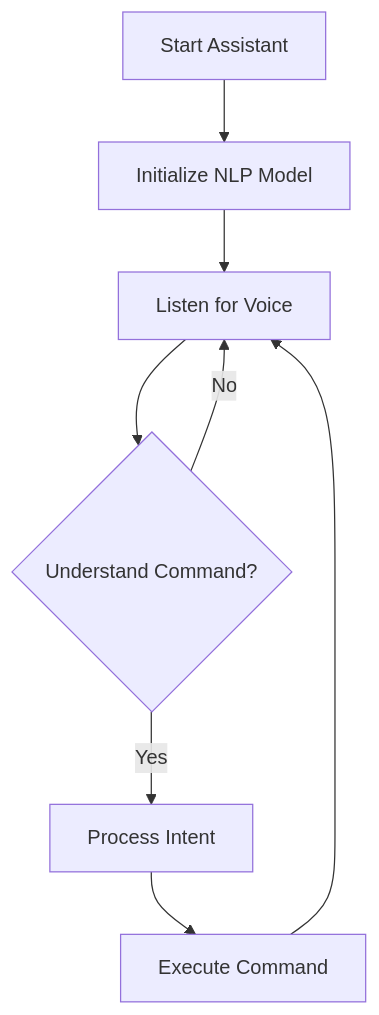
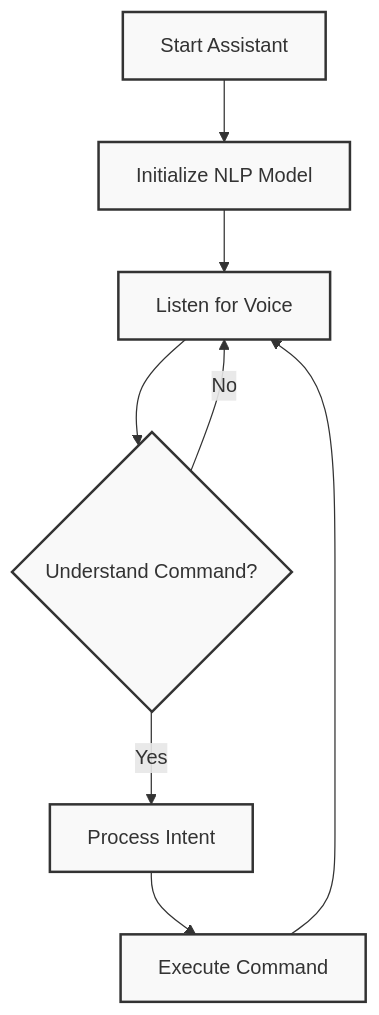
One commit to AshGod16/voice-assistant changed the diagram in README.md. Above: the diagram before and after it, drawn with Mermaid.

Commit message:
Readme update

````diff
--- a/README.md
+++ b/README.md
@@ -44,10 +44,15 @@
 ```mermaid
 graph TD
     A[Start Assistant] --> B[Initialize NLP Model]
     B --> C[Listen for Voice]
     C --> D{Understand Command?}
     D -->|Yes| E[Process Intent]
     D -->|No| C
     E --> F[Execute Command]
     F --> C
+
+    %% Style
+    classDef default fill:#f9f9f9,stroke:#333,stroke-width:2px
+    classDef node text-align:center
+    class A,B,C,D,E,F node
 ```
````
